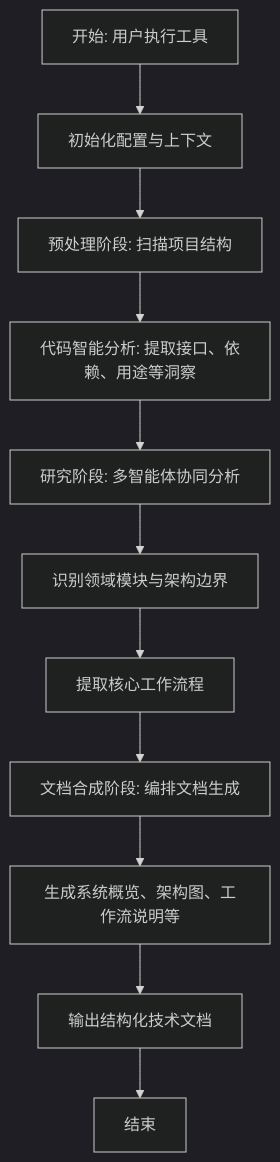
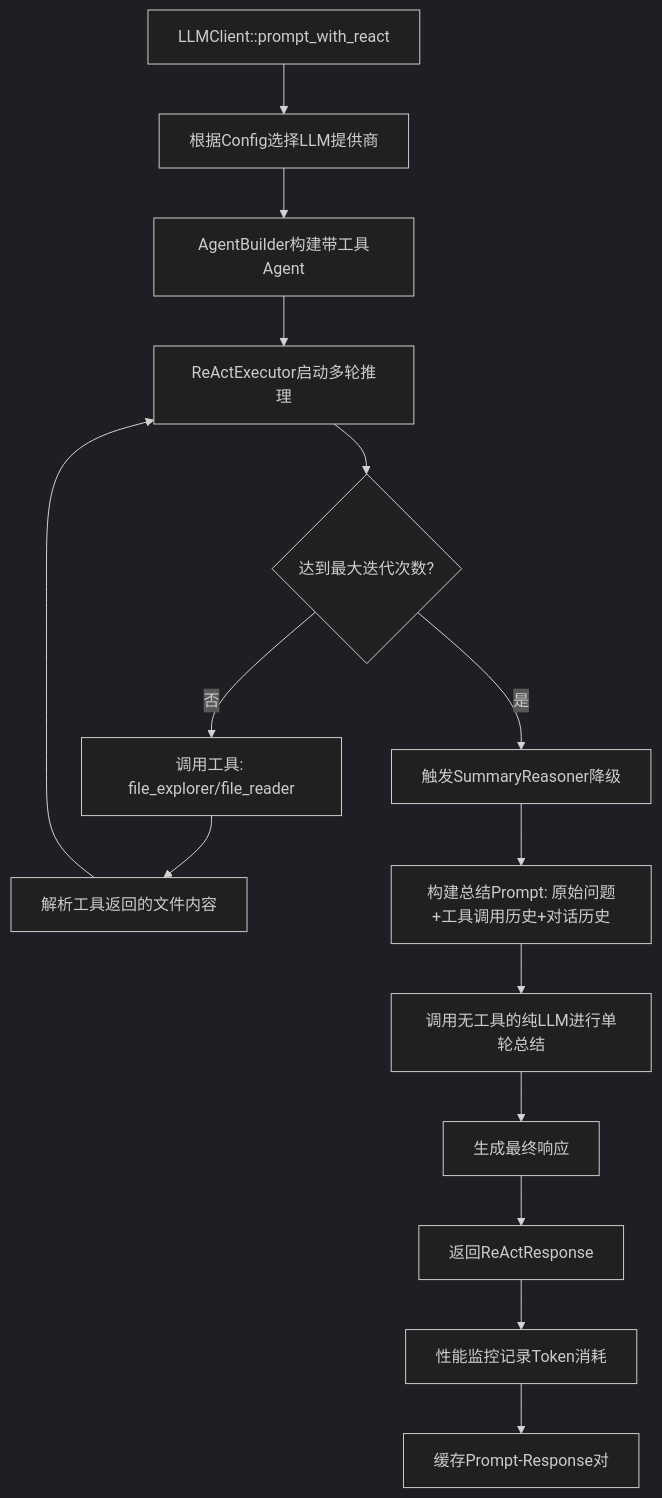
Before and after one commit to BigtoC/deepwiki-rs: the third of 5 diagrams in docs/3、工作流程.md, drawn with Mermaid (dark theme). The commit also changed other lines of this file and 13 other files, not shown here.

````diff
--- a/docs/3、工作流程.md
+++ b/docs/3、工作流程.md
@@ -53,13 +122,17 @@
 ```mermaid
 graph TD
-    A[开始: 用户执行工具] --> B[初始化配置与上下文]
-    B --> C[预处理阶段: 扫描项目结构]
-    C --> D[代码智能分析: 提取接口、依赖、用途等洞察]
-    D --> E[研究阶段: 多智能体协同分析]
-    E --> F[识别领域模块与架构边界]
-    F --> G[提取核心工作流程]
-    G --> H[文档合成阶段: 编排文档生成]
-    H --> I[生成系统概览、架构图、工作流说明等]
-    I --> J[输出结构化技术文档]
-    J --> K[结束]
+    A[LLMClient::prompt_with_react] --> B[根据Config选择LLM提供商]
+    B --> C[AgentBuilder构建带工具Agent]
+    C --> D[ReActExecutor启动多轮推理]
+    D --> E{达到最大迭代次数?}
+    E -- 否 --> F[调用工具: file_explorer/file_reader]
+    F --> G[解析工具返回的文件内容]
+    G --> D
+    E -- 是 --> H[触发SummaryReasoner降级]
+    H --> I[构建总结Prompt: 原始问题+工具调用历史+对话历史]
+    I --> J[调用无工具的纯LLM进行单轮总结]
+    J --> K[生成最终响应]
+    K --> L[返回ReActResponse]
+    L --> M[性能监控记录Token消耗]
+    M --> N[缓存Prompt-Response对]
 ```
````
